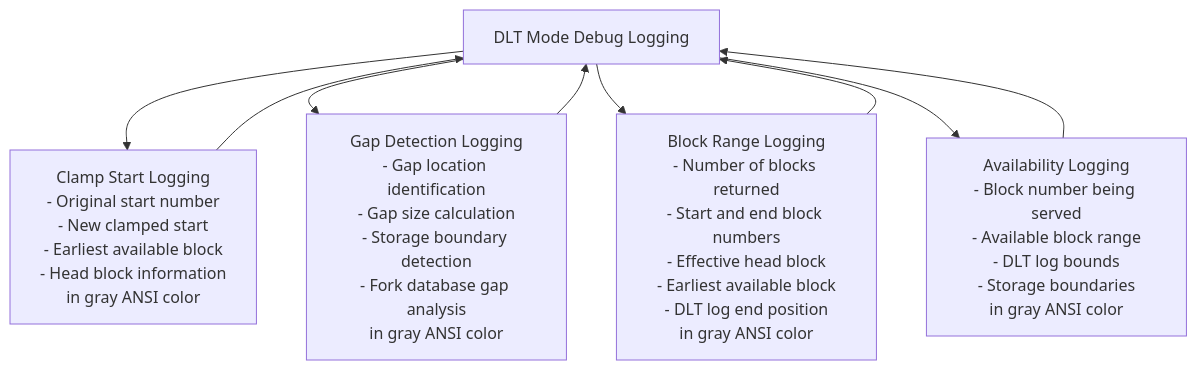
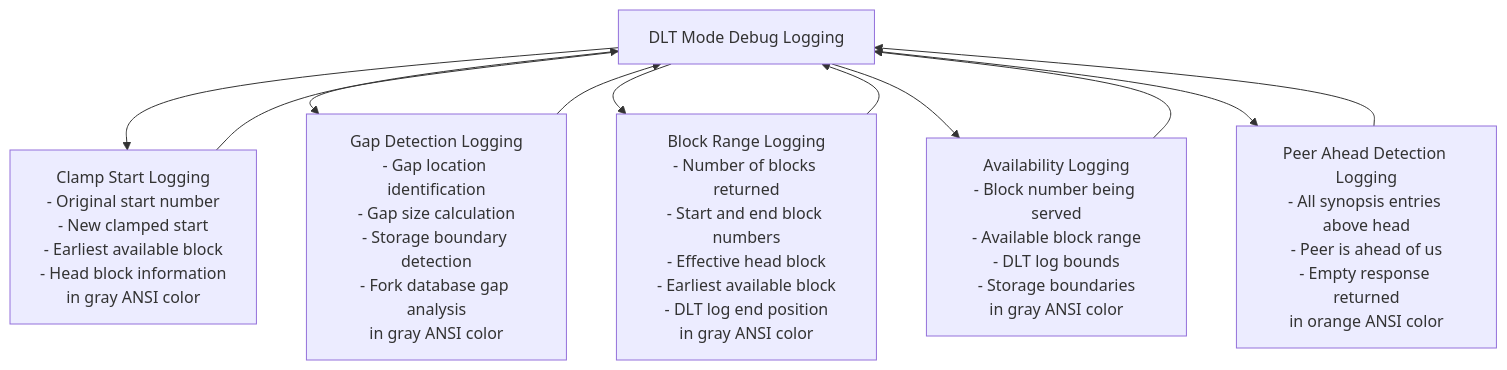
One commit to VIZ-Blockchain/viz-cpp-node changed diagram 32 of 43 in .qoder/repowiki/en/content/P2p Plugin.md. Above: the diagram before and after it, drawn with Mermaid. The commit also changed other lines of this file and 2 other files, not shown here.

First line of the commit message:
feat(dlt): enhance DLT block log and p2p plugin with gap detection and Windows support

````diff
--- a/.qoder/repowiki/en/content/P2p Plugin.md
+++ b/.qoder/repowiki/en/content/P2p Plugin.md
@@ -1010,11 +1108,13 @@
 ```mermaid
 flowchart TD
 DLTLogging["DLT Mode Debug Logging"] --> ClampStart["Clamp Start Logging<br/>- Original start number<br/>- New clamped start<br/>- Earliest available block<br/>- Head block information<br/>in gray ANSI color"]
 DLTLogging --> GapDetection["Gap Detection Logging<br/>- Gap location identification<br/>- Gap size calculation<br/>- Storage boundary detection<br/>- Fork database gap analysis<br/>in gray ANSI color"]
 DLTLogging --> BlockRange["Block Range Logging<br/>- Number of blocks returned<br/>- Start and end block numbers<br/>- Effective head block<br/>- Earliest available block<br/>- DLT log end position<br/>in gray ANSI color"]
 DLTLogging --> Availability["Availability Logging<br/>- Block number being served<br/>- Available block range<br/>- DLT log bounds<br/>- Storage boundaries<br/>in gray ANSI color"]
+DLTLogging --> AheadDetection["Peer Ahead Detection Logging<br/>- All synopsis entries above head<br/>- Peer is ahead of us<br/>- Empty response returned<br/>in orange ANSI color"]
 ClampStart --> DLTLogging
 GapDetection --> DLTLogging
 BlockRange --> DLTLogging
 Availability --> DLTLogging
+AheadDetection --> DLTLogging
 ```
````
